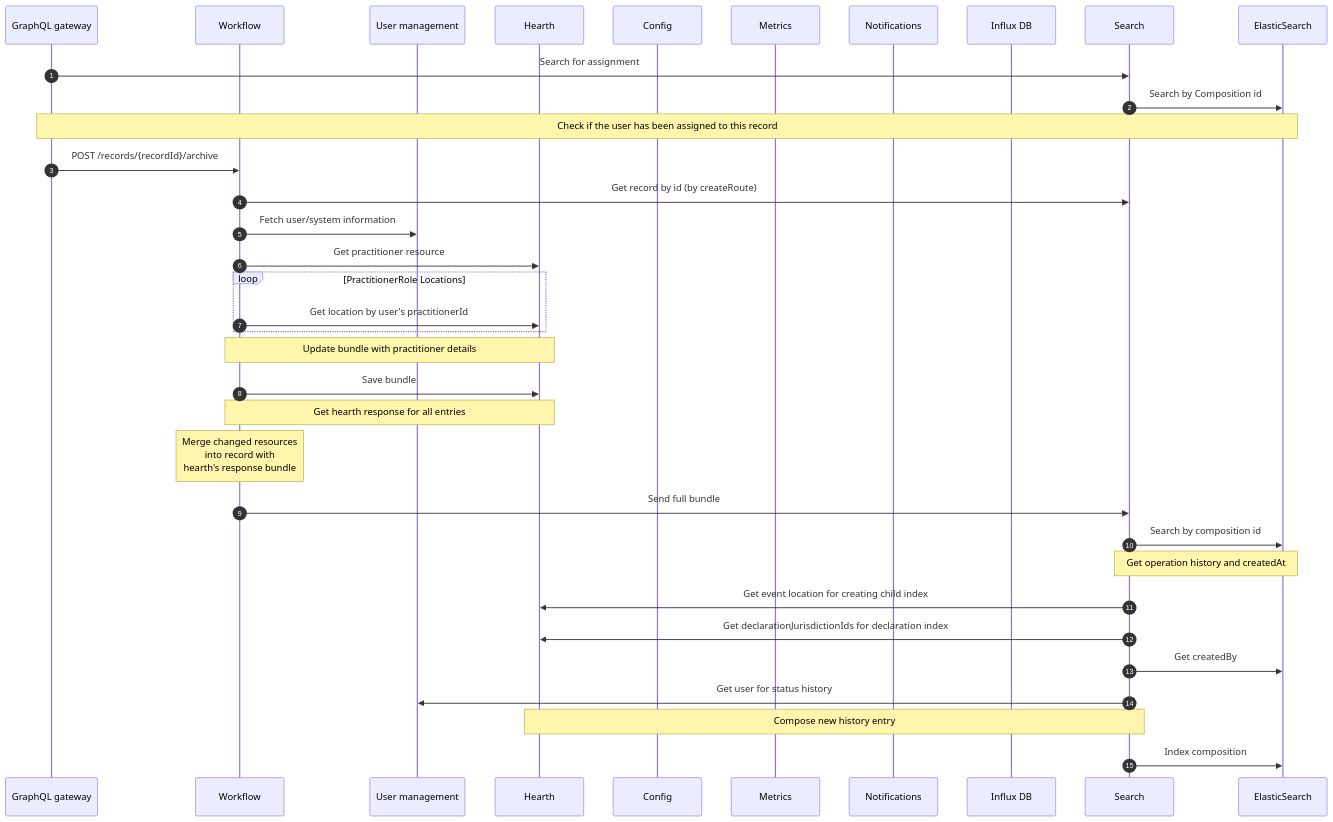
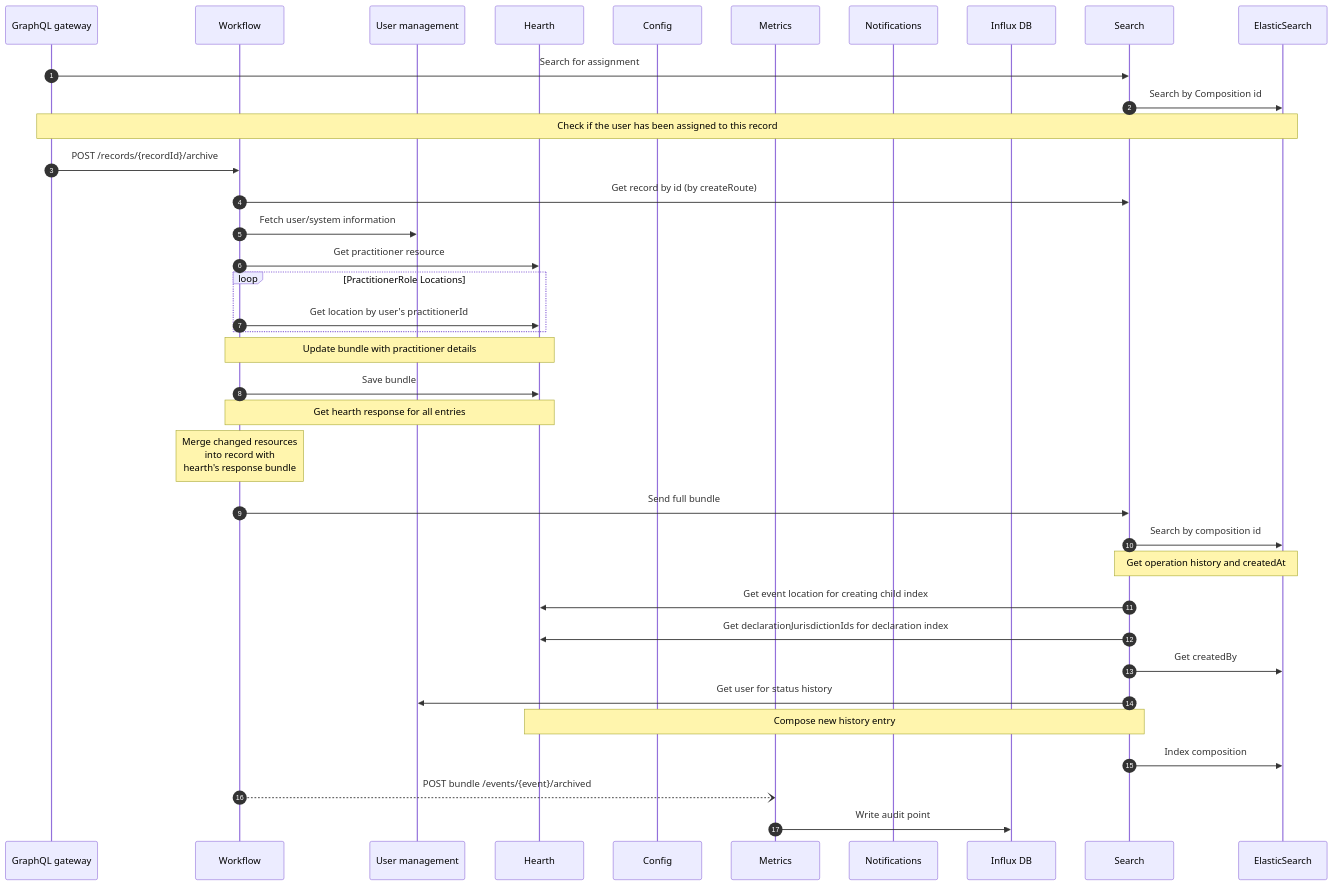
One commit to opencrvs/opencrvs-core changed the diagram in sequence-diagrams/backend/mark-birth-as-archived.md. Above: the diagram before and after it, drawn with Mermaid. The commit also changed 1 other file, not shown here.

Commit message:
Update archive and assigned diagrams for metrics calls

````diff
--- a/sequence-diagrams/backend/mark-birth-as-archived.md
+++ b/sequence-diagrams/backend/mark-birth-as-archived.md
@@ -3,54 +3,57 @@
 ```mermaid
 sequenceDiagram
     autonumber
     participant GraphQL gateway
     participant Workflow
     participant User management
     participant Hearth
     participant Config
     participant Metrics
     participant Notifications
     participant Influx DB
     participant Search
     participant ElasticSearch
 
     GraphQL gateway->>Search: Search for assignment
     Search->>ElasticSearch: Search by Composition id
     Note over GraphQL gateway,ElasticSearch: Check if the user has been assigned to this record
 
     GraphQL gateway->>Workflow: POST /records/{recordId}/archive
     Workflow->>Search: Get record by id (by createRoute)
 
     Workflow->>User management: Fetch user/system information
     Workflow->>Hearth: Get practitioner resource
 
     loop PractitionerRole Locations
       Workflow->>Hearth: Get location by user's practitionerId
     end
     Note over Workflow,Hearth: Update bundle with practitioner details
 
     Workflow->>Hearth: Save bundle
     Note over Workflow,Hearth: Get hearth response for all entries
 
     Note over Workflow: Merge changed resources<br /> into record with <br /> hearth's response bundle
 
     Workflow->>Search: Send full bundle
     %% upsertEvent
     Search->>ElasticSearch: Search by composition id
     Note over Search,ElasticSearch: Get operation history and createdAt
 
     %% createIndexBody
       %% createChildIndex
       %% addEventLocation
     Search->>Hearth: Get event location for creating child index
 
     %% createDeclarationIndex
     Search->>Hearth: Get declarationJurisdictionIds for declaration index
     Search->>ElasticSearch: Get createdBy
 
     %% createStatusHistory
     Search->>User management: Get user for status history
     Note over Search,Hearth: Compose new history entry
 
     Search->>ElasticSearch: Index composition
+
+    Workflow--)Metrics: POST bundle /events/{event}/archived
+    Metrics->>Influx DB: Write audit point
 ```
````
